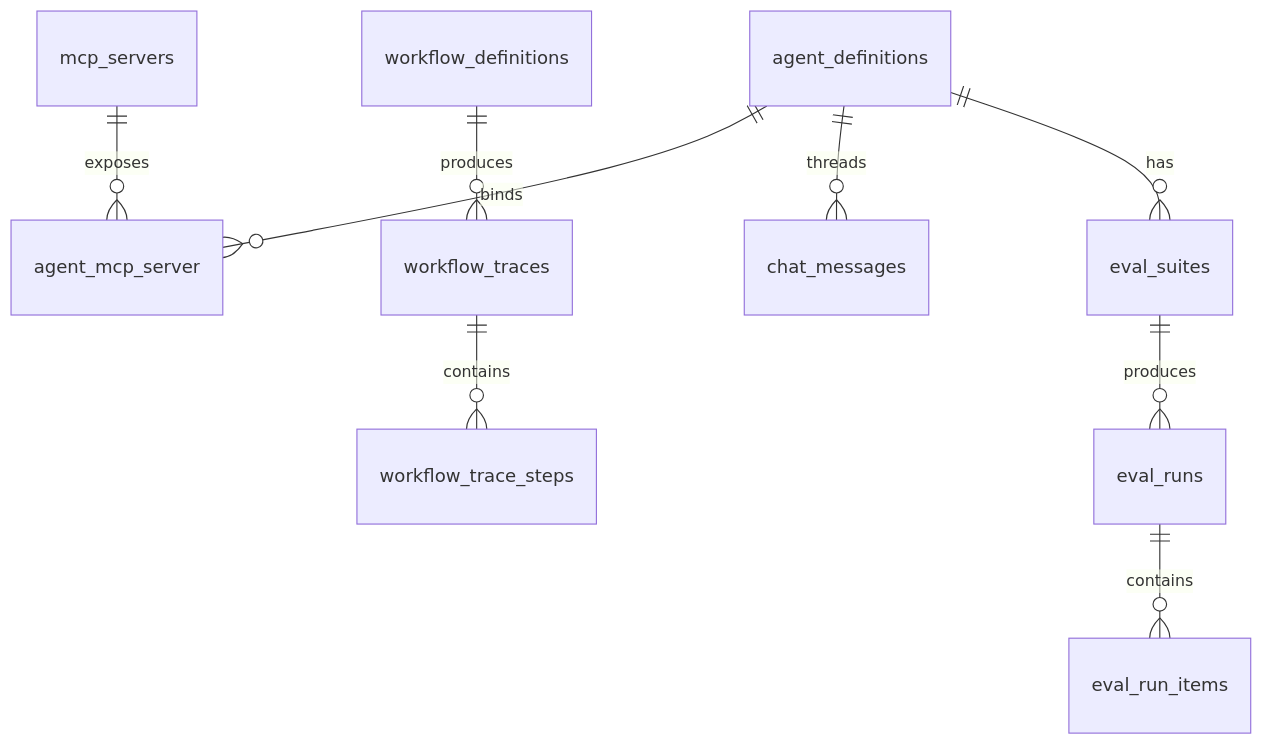
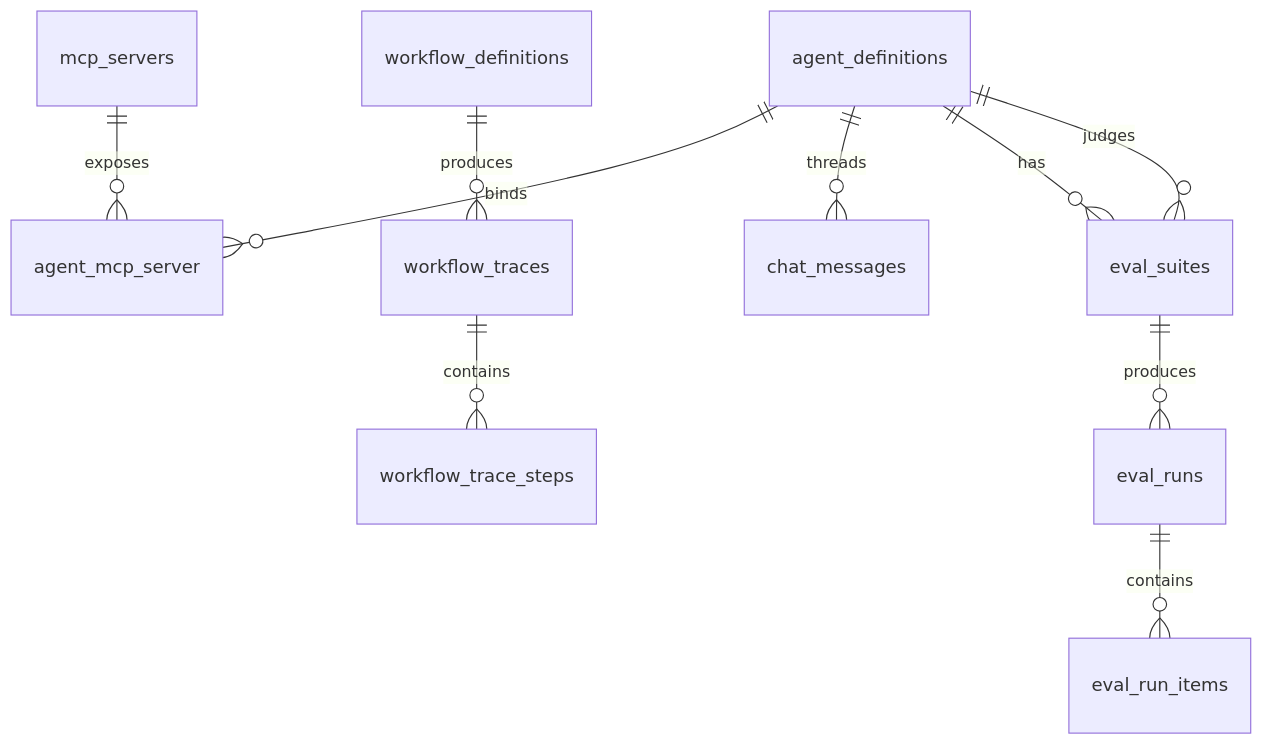
The diagram in docs/reference/database-schema.md (digitalelvis/neuronai-studio), drawn with Mermaid before and after one commit. The commit also changed other lines of this file and 23 other files, not shown here.

First line of the commit message:
feat(evals): add Agent as Judge via Studio agents and NeuronAI judges.

````diff
--- a/docs/reference/database-schema.md
+++ b/docs/reference/database-schema.md
@@ -29,11 +29,12 @@
 ```mermaid
 erDiagram
     agent_definitions ||--o{ agent_mcp_server : binds
     mcp_servers ||--o{ agent_mcp_server : exposes
     workflow_definitions ||--o{ workflow_traces : produces
     workflow_traces ||--o{ workflow_trace_steps : contains
     agent_definitions ||--o{ chat_messages : threads
     agent_definitions ||--o{ eval_suites : has
+    agent_definitions ||--o{ eval_suites : judges
     eval_suites ||--o{ eval_runs : produces
     eval_runs ||--o{ eval_run_items : contains
 ```
````
